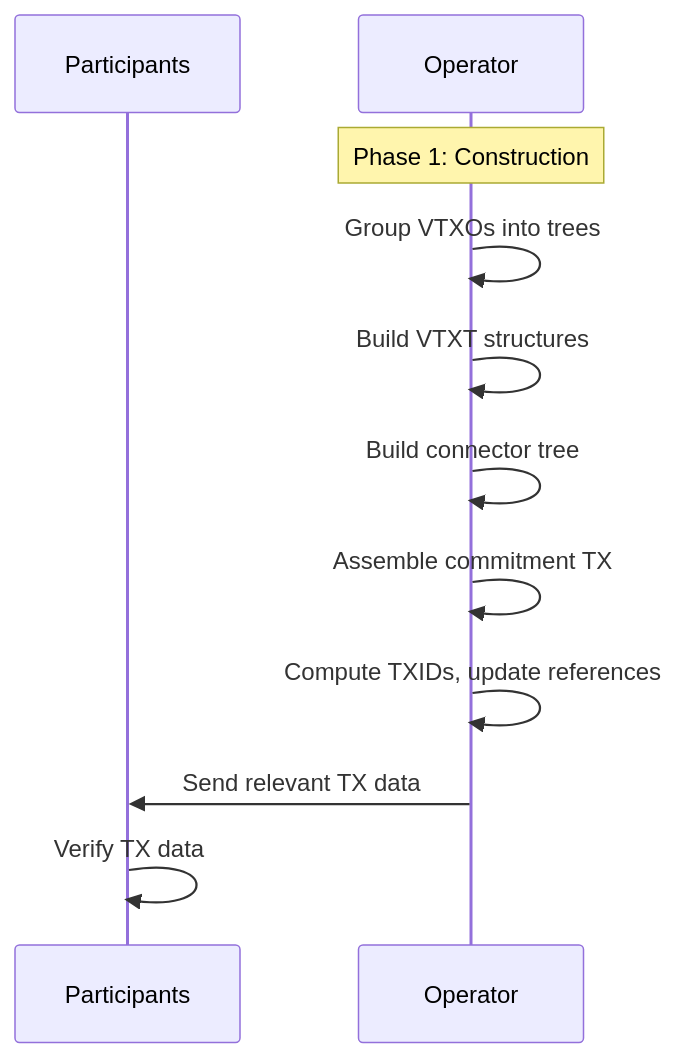
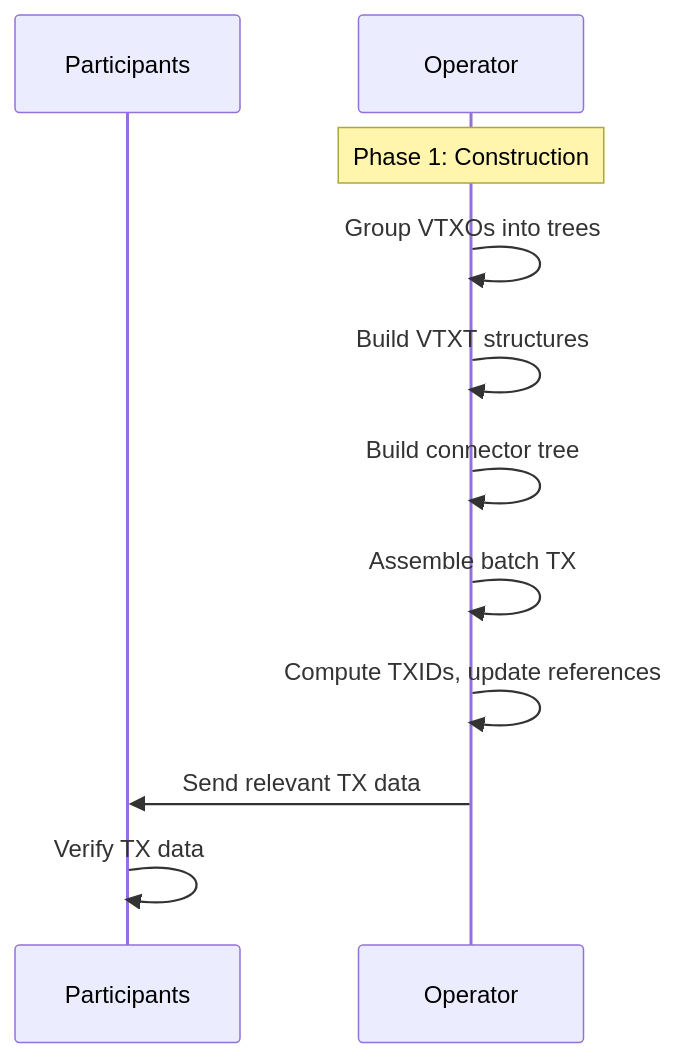
Before and after one commit to lightninglabs/wavelength: the second of 7 diagrams in docs/ark-specs/ARK-02-rounds.md, drawn with Mermaid. The commit also changed other lines of this file and 6 other files, not shown here.

````diff
--- a/docs/ark-specs/ARK-02-rounds.md
+++ b/docs/ark-specs/ARK-02-rounds.md
@@ -271,16 +387,16 @@
 ```mermaid
 sequenceDiagram
     participant P as Participants
     participant O as Operator
 
     Note over O: Phase 1: Construction
 
     O->>O: Group VTXOs into trees
     O->>O: Build VTXT structures
     O->>O: Build connector tree
-    O->>O: Assemble commitment TX
+    O->>O: Assemble batch TX
     O->>O: Compute TXIDs, update references
 
     O->>P: Send relevant TX data
     P->>P: Verify TX data
 ```
````
